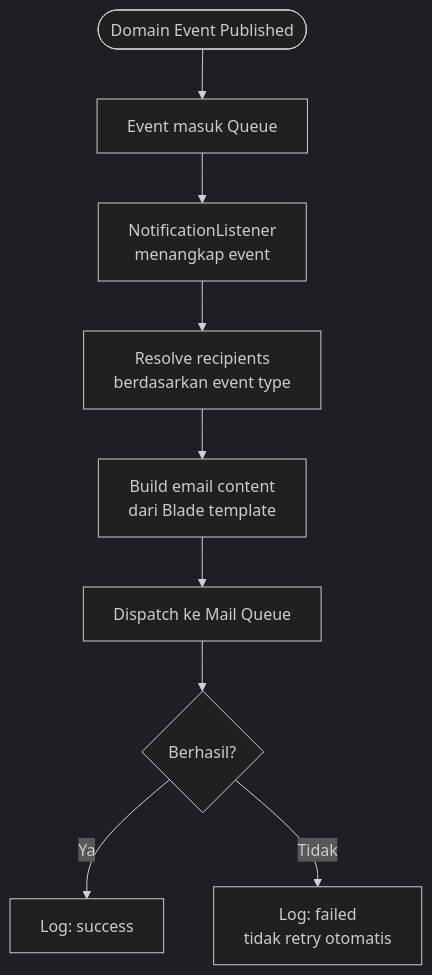
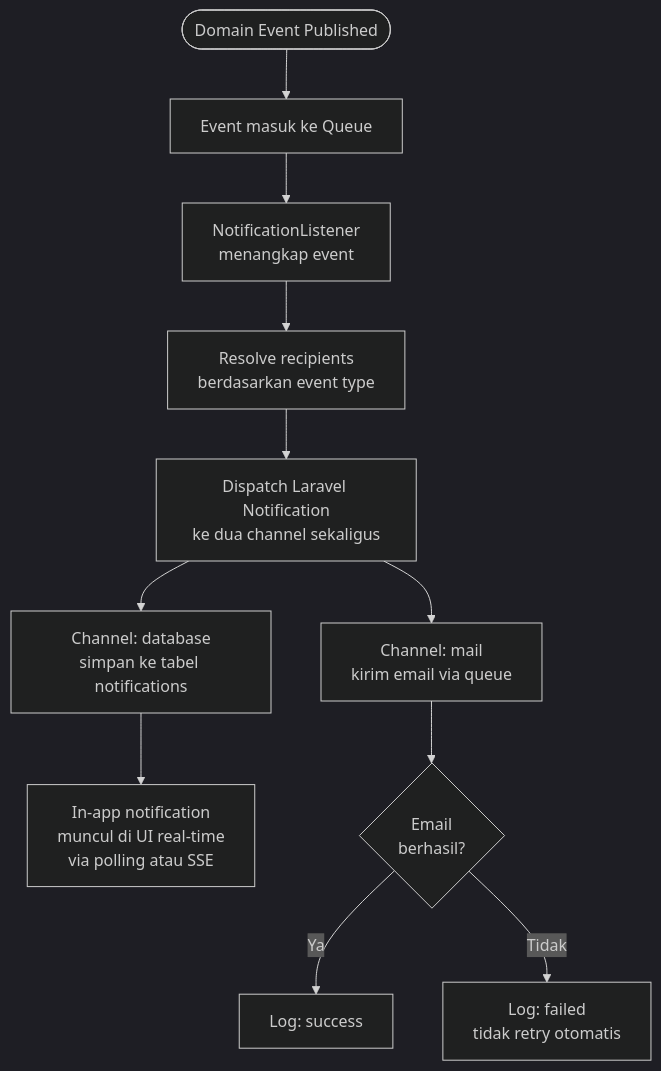
Before and after one commit to nas11ai/sim-kerjasama-itk: the first of 2 diagrams in docs/requirement-analysis/ddd/generic/03_notification.md, drawn with Mermaid (dark theme). The commit also changed other lines of this file, not shown here.

Commit message:
docs: update notification bc in ddd

````diff
--- a/docs/requirement-analysis/ddd/generic/03_notification.md
+++ b/docs/requirement-analysis/ddd/generic/03_notification.md
@@ -17,11 +21,15 @@
 ```mermaid
 flowchart TD
-    START([Domain Event Published]) --> A[Event masuk Queue]
+    START([Domain Event Published]) --> A[Event masuk ke Queue]
     A --> B[NotificationListener<br/>menangkap event]
     B --> C[Resolve recipients<br/>berdasarkan event type]
-    C --> D[Build email content<br/>dari Blade template]
-    D --> E[Dispatch ke Mail Queue]
-    E --> F{Berhasil?}
-    F -->|Ya| G[Log: success]
-    F -->|Tidak| H[Log: failed<br/>tidak retry otomatis]
+    C --> D[Dispatch Laravel Notification<br/>ke dua channel sekaligus]
+
+    D --> E[Channel: database<br/>simpan ke tabel notifications]
+    D --> F[Channel: mail<br/>kirim email via queue]
+
+    E --> G[In-app notification<br/>muncul di UI real-time<br/>via polling atau SSE]
+    F --> H{Email<br/>berhasil?}
+    H -->|Ya| I[Log: success]
+    H -->|Tidak| J[Log: failed<br/>tidak retry otomatis]
 ```
````
